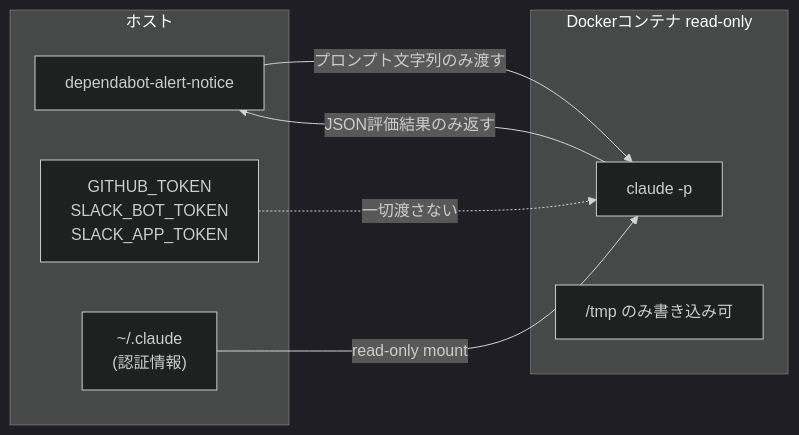
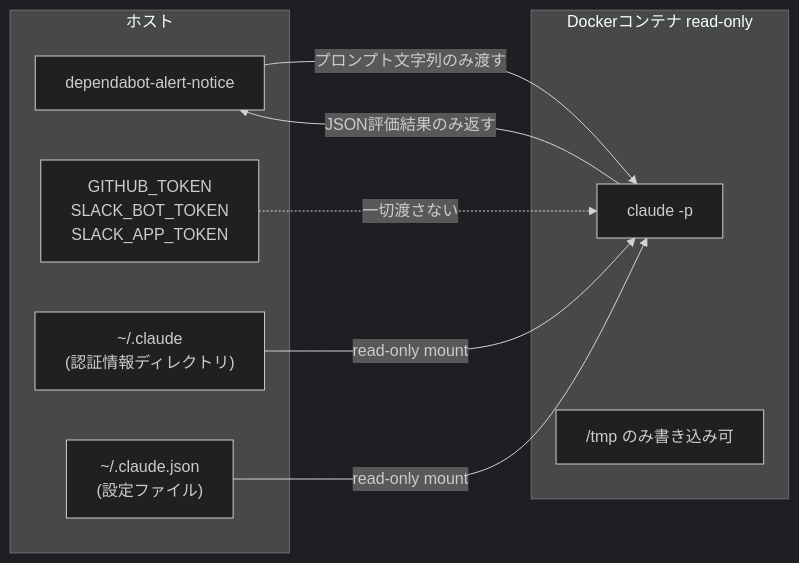
The third of 5 diagrams in README.md (g-kari/dependabot-alert-notice), drawn with Mermaid (dark theme) before and after one commit. The commit also changed other lines of this file, not shown here.

````diff
--- a/README.md
+++ b/README.md
@@ -119,18 +119,20 @@
 ```mermaid
 graph LR
     subgraph ホスト
         App["dependabot-alert-notice"]
         Secrets["GITHUB_TOKEN\nSLACK_BOT_TOKEN\nSLACK_APP_TOKEN"]
-        ClaudeHome["~/.claude\n(認証情報)"]
+        ClaudeHome["~/.claude\n(認証情報ディレクトリ)"]
+        ClaudeJSON["~/.claude.json\n(設定ファイル)"]
     end
 
     subgraph Dockerコンテナ read-only
         ClaudeCLI["claude -p"]
         TmpFS["/tmp のみ書き込み可"]
     end
 
     App -->|"プロンプト文字列のみ渡す"| ClaudeCLI
     ClaudeHome -->|"read-only mount"| ClaudeCLI
+    ClaudeJSON -->|"read-only mount"| ClaudeCLI
     Secrets -.->|"一切渡さない"| ClaudeCLI
     ClaudeCLI -->|"JSON評価結果のみ返す"| App
 ```
````
